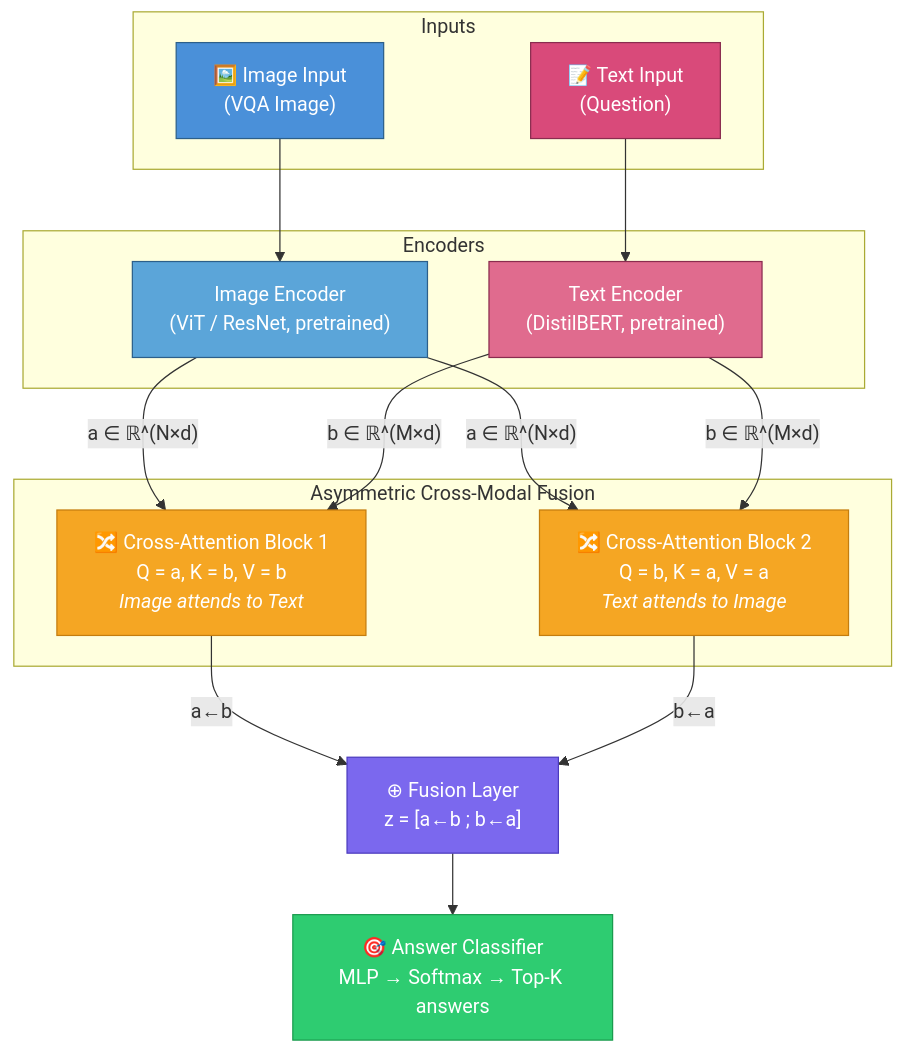
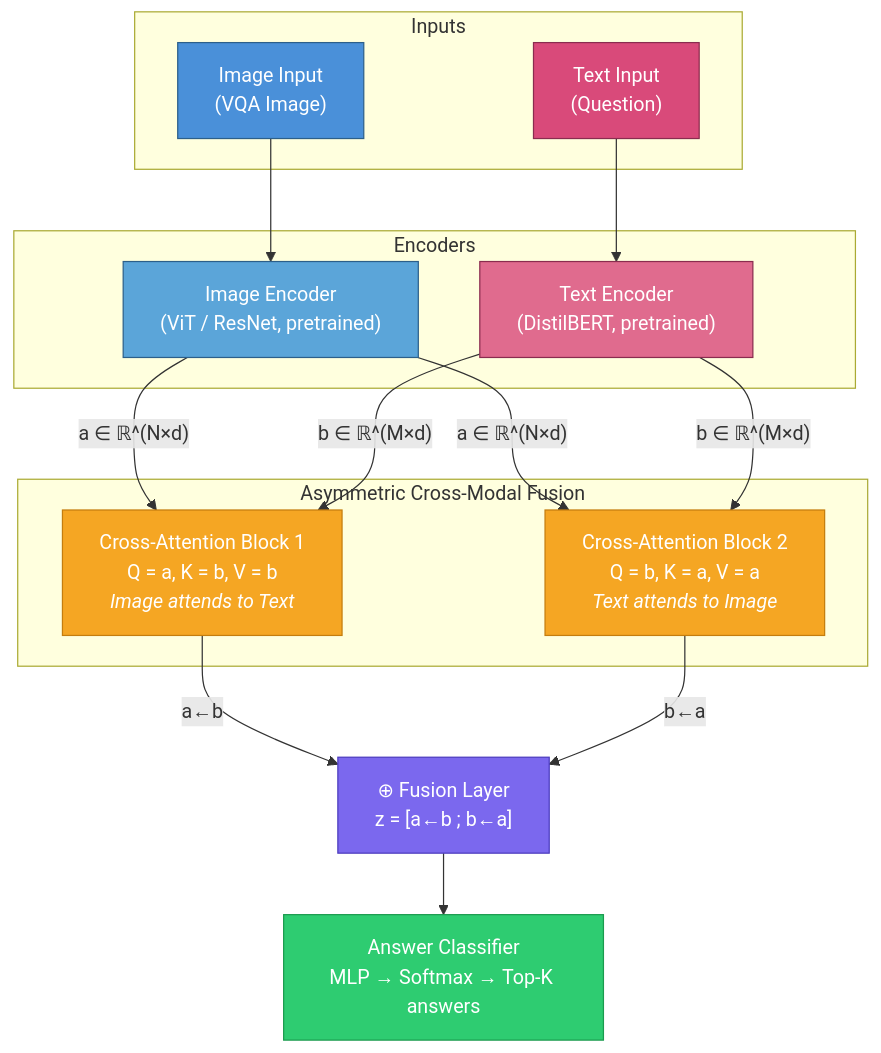
One commit to adikatre/Asymmetric-Cross-Modal-Attention changed the third of 7 diagrams in README.md. Above: the diagram before and after it, drawn with Mermaid. The commit also changed other lines of this file, not shown here.

````diff
--- a/README.md
+++ b/README.md
@@ -146,40 +146,40 @@
 ```mermaid
 graph TD
     subgraph Inputs
-        IMG["🖼️ Image Input<br/>(VQA Image)"]
-        TXT["📝 Text Input<br/>(Question)"]
+        IMG["Image Input<br/>(VQA Image)"]
+        TXT["Text Input<br/>(Question)"]
     end
 
     subgraph Encoders
         IE["Image Encoder<br/>(ViT / ResNet, pretrained)"]
         TE["Text Encoder<br/>(DistilBERT, pretrained)"]
     end
 
     IMG --> IE
     TXT --> TE
 
     IE -->|"a ∈ ℝ^(N×d)"| CA1
     IE -->|"a ∈ ℝ^(N×d)"| CA2
     TE -->|"b ∈ ℝ^(M×d)"| CA1
     TE -->|"b ∈ ℝ^(M×d)"| CA2
 
     subgraph Asymmetric Cross-Modal Fusion
-        CA1["🔀 Cross-Attention Block 1<br/>Q = a, K = b, V = b<br/><i>Image attends to Text</i>"]
-        CA2["🔀 Cross-Attention Block 2<br/>Q = b, K = a, V = a<br/><i>Text attends to Image</i>"]
+        CA1["Cross-Attention Block 1<br/>Q = a, K = b, V = b<br/><i>Image attends to Text</i>"]
+        CA2["Cross-Attention Block 2<br/>Q = b, K = a, V = a<br/><i>Text attends to Image</i>"]
     end
 
     CA1 -->|"a←b"| FUSE
     CA2 -->|"b←a"| FUSE
 
     FUSE["⊕ Fusion Layer<br/>z = [a←b ; b←a]"]
-    FUSE --> CLS["🎯 Answer Classifier<br/>MLP → Softmax → Top-K answers"]
+    FUSE --> CLS["Answer Classifier<br/>MLP → Softmax → Top-K answers"]
 
     style IMG fill:#4A90D9,stroke:#2C5F8A,color:#fff
     style TXT fill:#D94A7A,stroke:#8A2C4F,color:#fff
     style IE fill:#5BA5D9,stroke:#2C5F8A,color:#fff
     style TE fill:#E06B8E,stroke:#8A2C4F,color:#fff
     style CA1 fill:#F5A623,stroke:#C47D0E,color:#fff
     style CA2 fill:#F5A623,stroke:#C47D0E,color:#fff
     style FUSE fill:#7B68EE,stroke:#4B3BBE,color:#fff
     style CLS fill:#2ECC71,stroke:#1A9B4E,color:#fff
 ```
````
